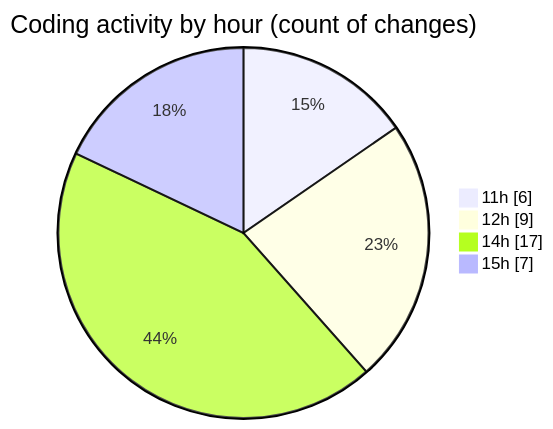
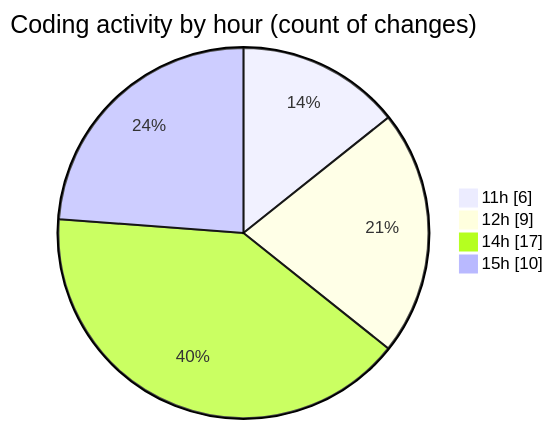
The second of 2 diagrams in 2025-10-17/untitled__workspace_/README.md (debugP/code-tracking), drawn with Mermaid before and after one commit. The commit also changed other lines of this file and 1 other file, not shown here.

````diff
--- a/2025-10-17/untitled__workspace_/README.md
+++ b/2025-10-17/untitled__workspace_/README.md
@@ -32,8 +33,8 @@
 ```mermaid
 pie showData
 title Coding activity by hour (count of changes)
 "11h" : 6
 "12h" : 9
 "14h" : 17
-"15h" : 7
+"15h" : 10
 ```
````
